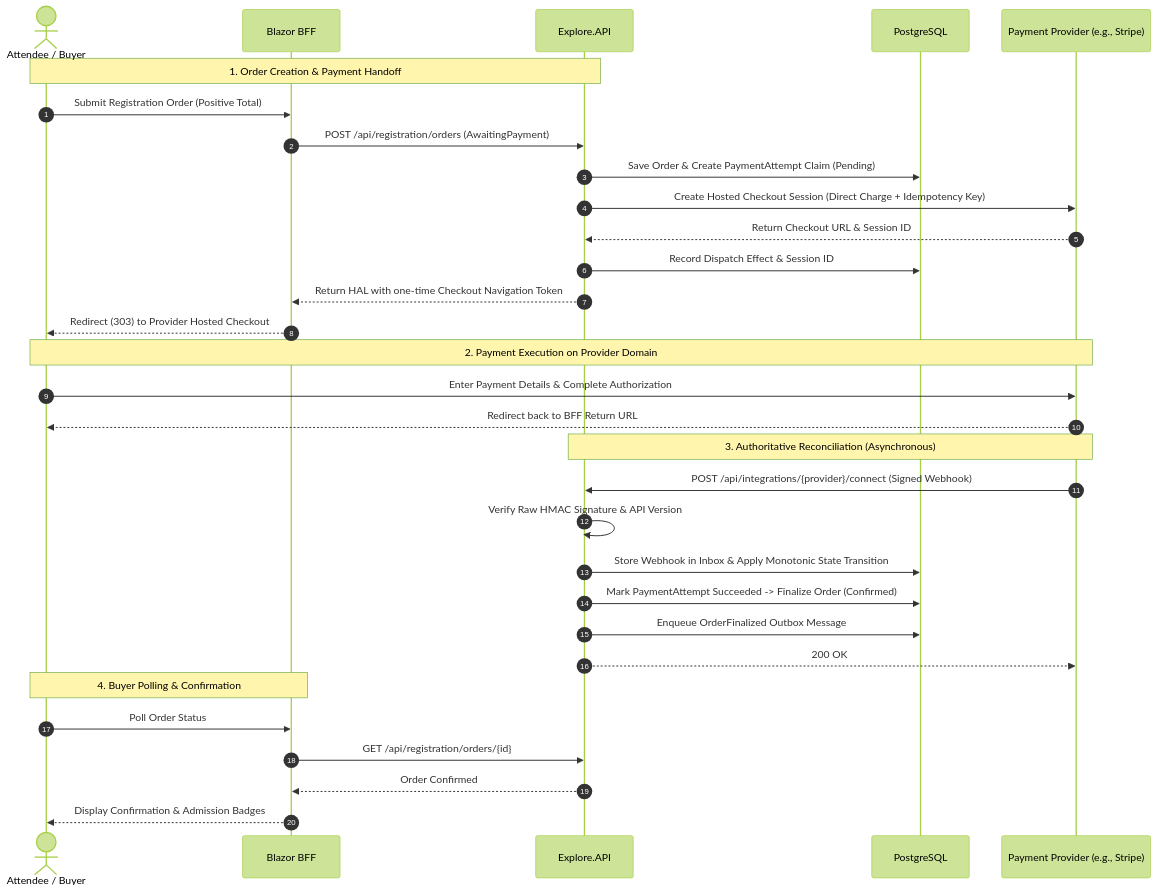
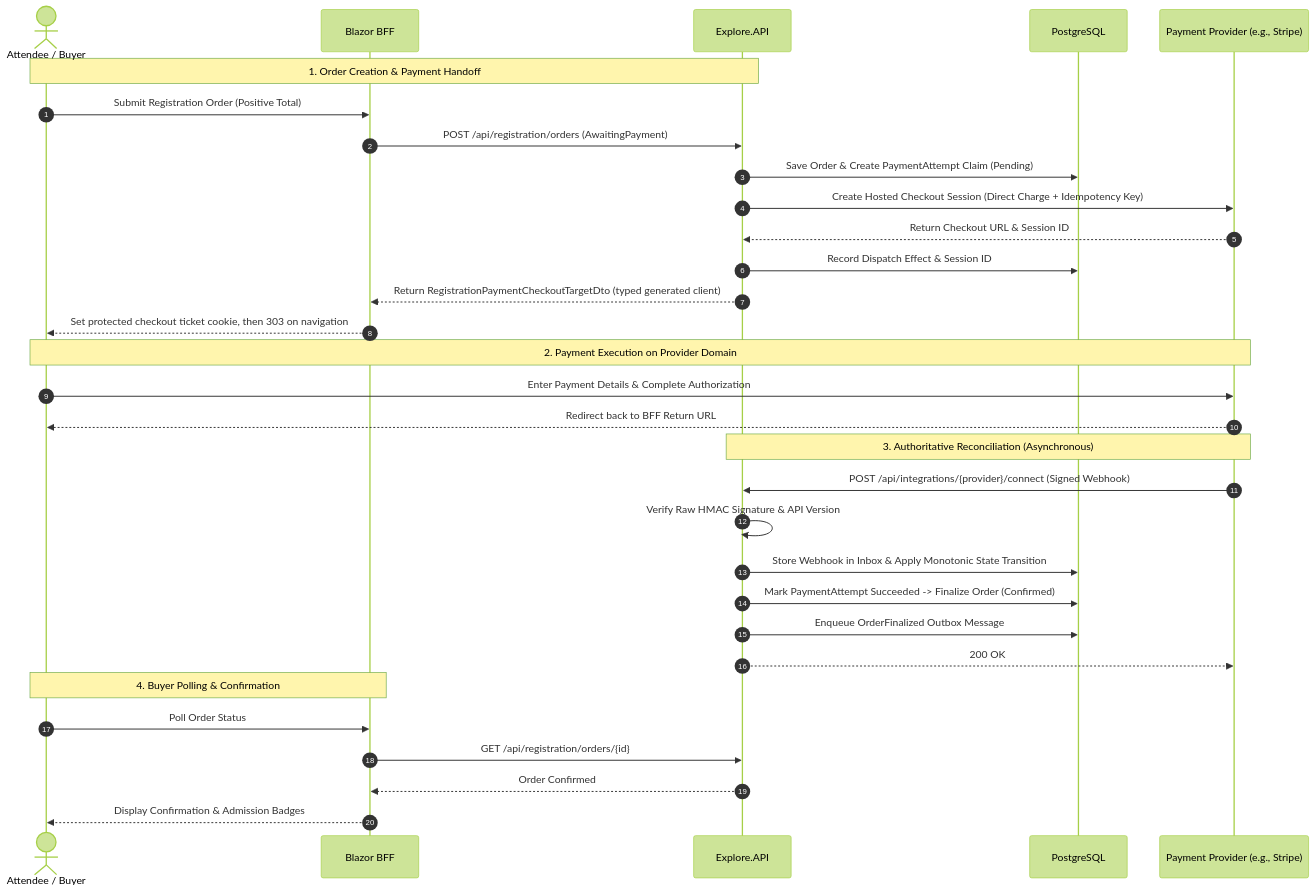
One commit to islamu-ngo/Explore changed the third of 4 diagrams in docs/internal/PAYMENTS.md. Above: the diagram before and after it, drawn with Mermaid (forest theme). The commit also changed other lines of this file and 5 other files, not shown here.

First line of the commit message:
docs(registration): explain stateless checkout deployment requirements

````diff
--- a/docs/internal/PAYMENTS.md
+++ b/docs/internal/PAYMENTS.md
@@ -220,37 +220,37 @@
 ```mermaid
 sequenceDiagram
     autonumber
     actor Buyer as Attendee / Buyer
     participant BFF as Blazor BFF
     participant API as Explore.API
     participant DB as PostgreSQL
     participant Provider as Payment Provider (e.g., Stripe)
 
     Note over Buyer, API: 1. Order Creation & Payment Handoff
     Buyer->>BFF: Submit Registration Order (Positive Total)
     BFF->>API: POST /api/registration/orders (AwaitingPayment)
     API->>DB: Save Order & Create PaymentAttempt Claim (Pending)
     API->>Provider: Create Hosted Checkout Session (Direct Charge + Idempotency Key)
     Provider-->>API: Return Checkout URL & Session ID
     API->>DB: Record Dispatch Effect & Session ID
-    API-->>BFF: Return HAL with one-time Checkout Navigation Token
-    BFF-->>Buyer: Redirect (303) to Provider Hosted Checkout
+    API-->>BFF: Return RegistrationPaymentCheckoutTargetDto (typed generated client)
+    BFF-->>Buyer: Set protected checkout ticket cookie, then 303 on navigation
 
     Note over Buyer, Provider: 2. Payment Execution on Provider Domain
     Buyer->>Provider: Enter Payment Details & Complete Authorization
     Provider-->>Buyer: Redirect back to BFF Return URL
 
     Note over Provider, API: 3. Authoritative Reconciliation (Asynchronous)
     Provider->>API: POST /api/integrations/{provider}/connect (Signed Webhook)
     API->>API: Verify Raw HMAC Signature & API Version
     API->>DB: Store Webhook in Inbox & Apply Monotonic State Transition
     API->>DB: Mark PaymentAttempt Succeeded -> Finalize Order (Confirmed)
     API->>DB: Enqueue OrderFinalized Outbox Message
     API-->>Provider: 200 OK
 
     Note over Buyer, BFF: 4. Buyer Polling & Confirmation
     Buyer->>BFF: Poll Order Status
     BFF->>API: GET /api/registration/orders/{id}
     API-->>BFF: Order Confirmed
     BFF-->>Buyer: Display Confirmation & Admission Badges
 ```
````
